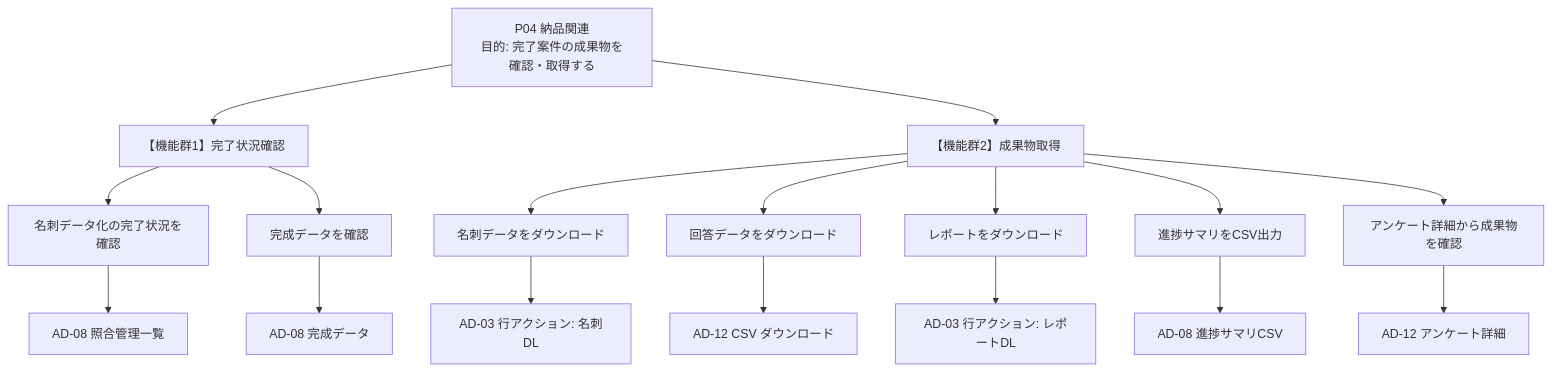
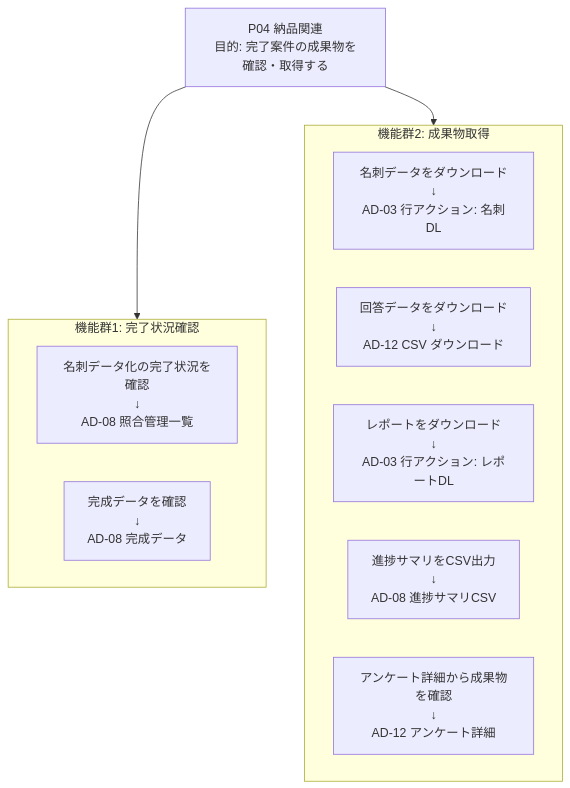
Before and after one commit to AbroadUmedaShota/SPPED-AD-TEST: the fifth of 7 diagrams in docs/リライト版仕様書/admin/26_admin_function_genre_inventory.md, drawn with Mermaid. The commit also changed other lines of this file, not shown here.

````diff
--- a/docs/リライト版仕様書/admin/26_admin_function_genre_inventory.md
+++ b/docs/リライト版仕様書/admin/26_admin_function_genre_inventory.md
@@ -377,28 +345,20 @@
 ```mermaid
 flowchart TB
     Phase["P04 納品関連<br/>目的: 完了案件の成果物を確認・取得する"]
 
-    Phase --> F1["【機能群1】完了状況確認"]
-    Phase --> F2["【機能群2】成果物取得"]
+    subgraph G1["機能群1: 完了状況確認"]
+      N1A["名刺データ化の完了状況を確認<br/>↓<br/>AD-08 照合管理一覧"]
+      N1B["完成データを確認<br/>↓<br/>AD-08 完成データ"]
+    end
 
-    F1 --> W1A["名刺データ化の完了状況を確認"]
-    W1A --> H1A["AD-08 照合管理一覧"]
+    subgraph G2["機能群2: 成果物取得"]
+      N2A["名刺データをダウンロード<br/>↓<br/>AD-03 行アクション: 名刺DL"]
+      N2B["回答データをダウンロード<br/>↓<br/>AD-12 CSV ダウンロード"]
+      N2C["レポートをダウンロード<br/>↓<br/>AD-03 行アクション: レポートDL"]
+      N2D["進捗サマリをCSV出力<br/>↓<br/>AD-08 進捗サマリCSV"]
+      N2E["アンケート詳細から成果物を確認<br/>↓<br/>AD-12 アンケート詳細"]
+    end
 
-    F1 --> W1B["完成データを確認"]
-    W1B --> H1B["AD-08 完成データ"]
-
-    F2 --> W2A["名刺データをダウンロード"]
-    W2A --> H2A["AD-03 行アクション: 名刺DL"]
-
-    F2 --> W2B["回答データをダウンロード"]
-    W2B --> H2B["AD-12 CSV ダウンロード"]
-
-    F2 --> W2C["レポートをダウンロード"]
-    W2C --> H2C["AD-03 行アクション: レポートDL"]
-
-    F2 --> W2D["進捗サマリをCSV出力"]
-    W2D --> H2D["AD-08 進捗サマリCSV"]
-
-    F2 --> W2E["アンケート詳細から成果物を確認"]
-    W2E --> H2E["AD-12 アンケート詳細"]
+    Phase --> G1
+    Phase --> G2
 ```
````
